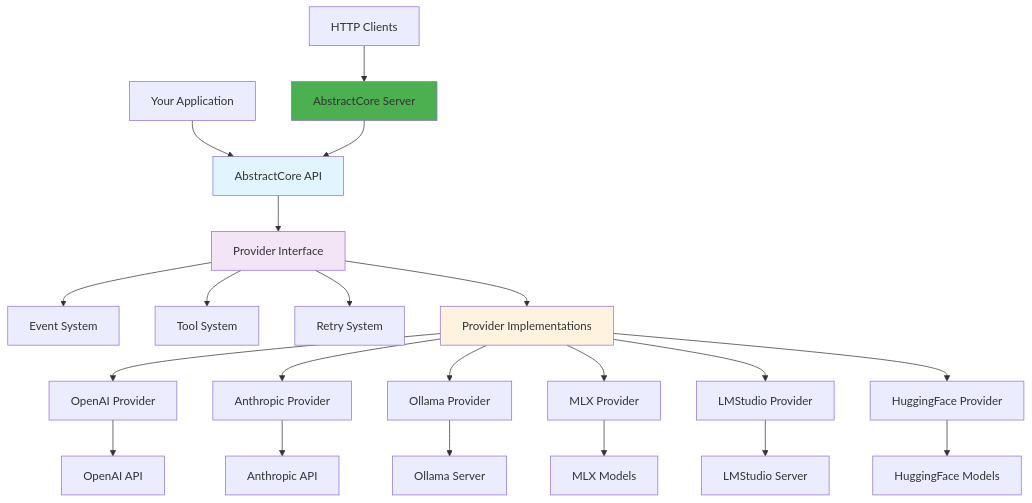
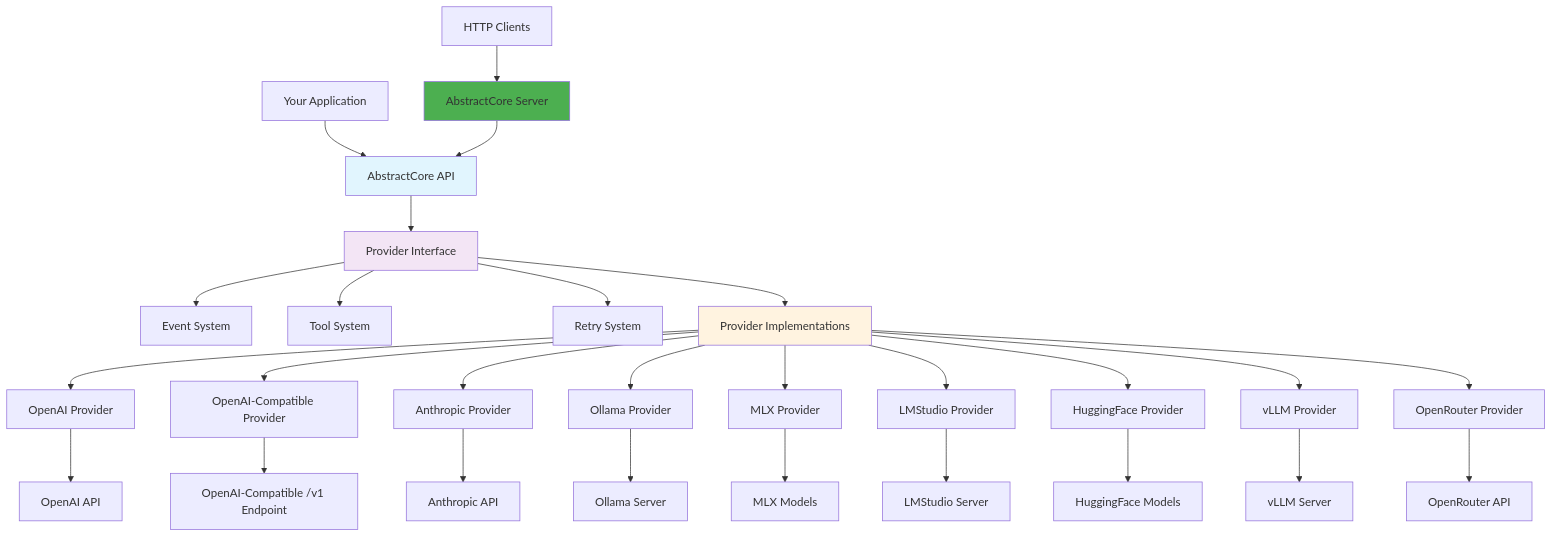
Before and after one commit to lpalbou/AbstractCore: the first of 15 diagrams in docs/architecture.md, drawn with Mermaid. The commit also changed other lines of this file and 19 other files, not shown here.

First line of the commit message:
Update version to 2.10.1 and enhance OpenAI-compatible provider functionality

````diff
--- a/docs/architecture.md
+++ b/docs/architecture.md
@@ -9,31 +9,37 @@
 ```mermaid
 graph TD
     A[Your Application] --> B[AbstractCore API]
     AA[HTTP Clients] --> BB[AbstractCore Server]
     BB --> B
     
     B --> C[Provider Interface]
     C --> D[Event System]
     C --> E[Tool System]
     C --> F[Retry System]
     C --> G[Provider Implementations]
 
     G --> H[OpenAI Provider]
+    G --> HH[OpenAI-Compatible Provider]
     G --> I[Anthropic Provider]
     G --> J[Ollama Provider]
     G --> K[MLX Provider]
     G --> L[LMStudio Provider]
     G --> M[HuggingFace Provider]
+    G --> MM[vLLM Provider]
+    G --> MN[OpenRouter Provider]
 
     H --> N[OpenAI API]
+    HH --> NN[OpenAI-Compatible /v1 Endpoint]
     I --> O[Anthropic API]
     J --> P[Ollama Server]
     K --> Q[MLX Models]
     L --> R[LMStudio Server]
     M --> S[HuggingFace Models]
+    MM --> RR[vLLM Server]
+    MN --> RO[OpenRouter API]
 
     style B fill:#e1f5fe
     style BB fill:#4caf50
     style C fill:#f3e5f5
     style G fill:#fff3e0
 ```
````
